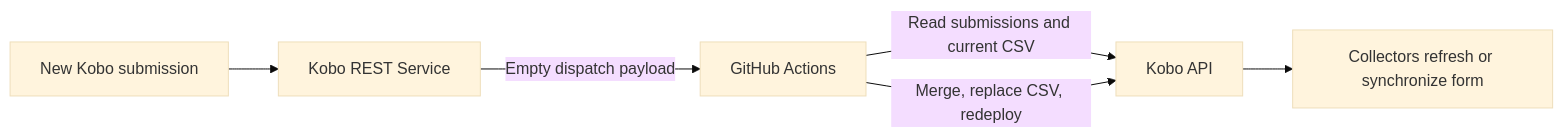
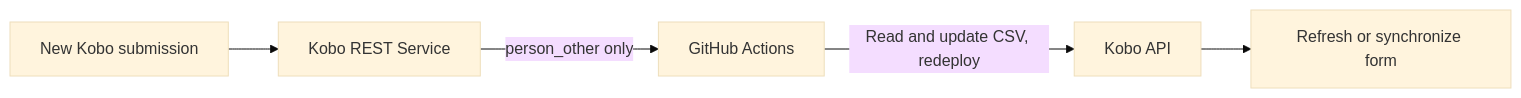
One commit to JamesLeonDufour/kobo-choice-sync changed the diagram in README.md. Above: the diagram before and after it, drawn with Mermaid (base theme). The commit also changed other lines of this file and 3 other files, not shown here.

Commit message:
Process only Kobo Other field webhook

````diff
--- a/README.md
+++ b/README.md
@@ -7,8 +22,7 @@
 ```mermaid
 flowchart LR
     A[New Kobo submission] --> B[Kobo REST Service]
-    B -->|Empty dispatch payload| C[GitHub Actions]
-    C -->|Read submissions and current CSV| D[Kobo API]
-    C -->|Merge, replace CSV, redeploy| D
-    D --> E[Collectors refresh or synchronize form]
+    B -->|person_other only| C[GitHub Actions]
+    C -->|Read and update CSV, redeploy| D[Kobo API]
+    D --> E[Refresh or synchronize form]
 ```
````
